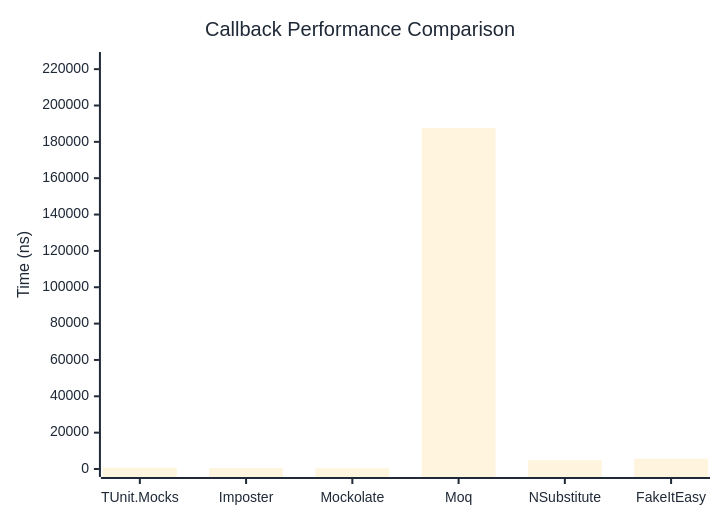
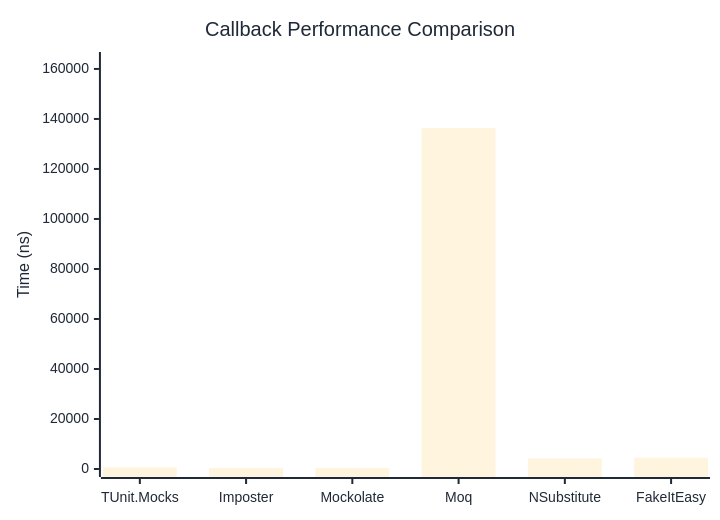
The first of 2 diagrams in docs/docs/benchmarks/mocks/Callback.md (thomhurst/TUnit), drawn with Mermaid before and after one commit. The commit also changed other lines of this file and 14 other files, not shown here.

````diff
--- a/docs/docs/benchmarks/mocks/Callback.md
+++ b/docs/docs/benchmarks/mocks/Callback.md
@@ -30,27 +30,27 @@
 ```mermaid
 %%{init: {
   'theme':'base',
   'themeVariables': {
     'primaryColor': '#2563eb',
     'primaryTextColor': '#1f2937',
     'primaryBorderColor': '#1e40af',
     'lineColor': '#6b7280',
     'secondaryColor': '#7c3aed',
     'tertiaryColor': '#dc2626',
     'background': '#ffffff',
     'pie1': '#2563eb',
     'pie2': '#7c3aed',
     'pie3': '#dc2626',
     'pie4': '#f59e0b',
     'pie5': '#10b981',
     'pie6': '#06b6d4',
     'pie7': '#ec4899',
     'pie8': '#6366f1'
   }
 }}%%
 xychart-beta
   title "Callback Performance Comparison"
   x-axis ["TUnit.Mocks", "Imposter", "Mockolate", "Moq", "NSubstitute", "FakeItEasy"]
-  y-axis "Time (ns)" 0 --> 225034
-  bar [727.5, 506.8, 386.2, 187528, 4861.1, 5705.2]
+  y-axis "Time (ns)" 0 --> 163577
+  bar [676.6, 461, 341.8, 136313.7, 4274.1, 4523.9]
 ```
````
